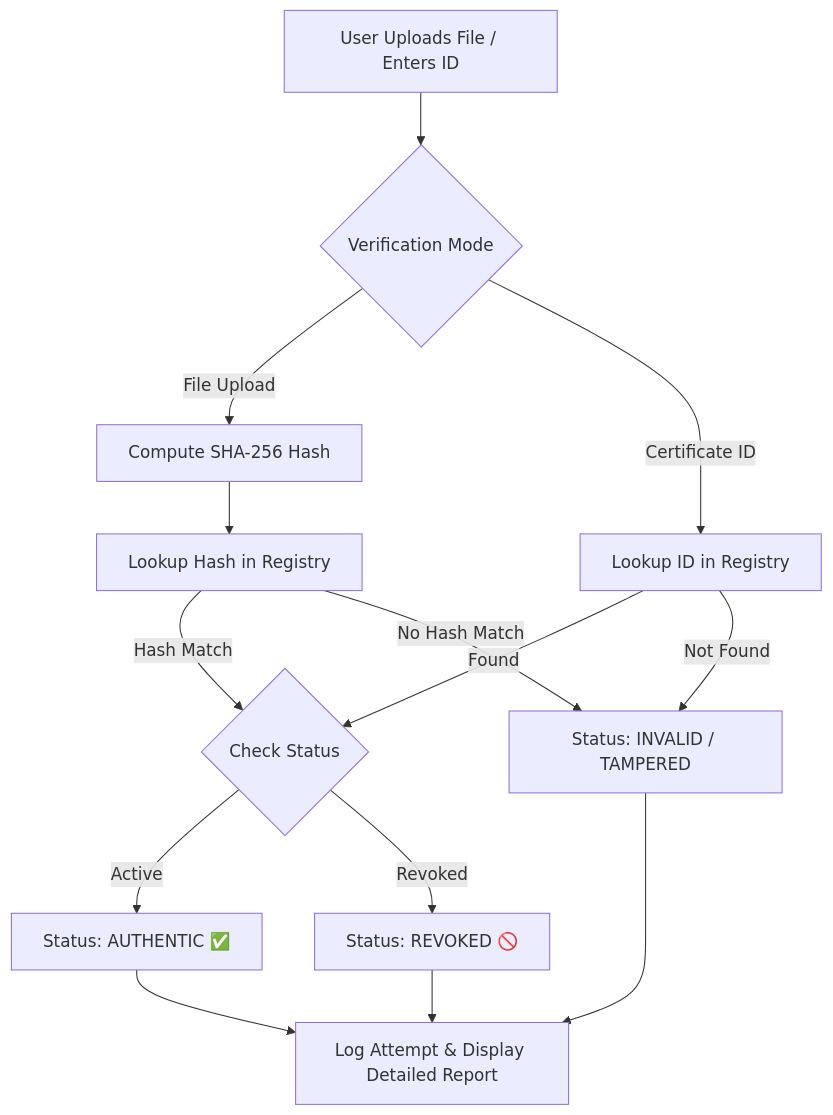
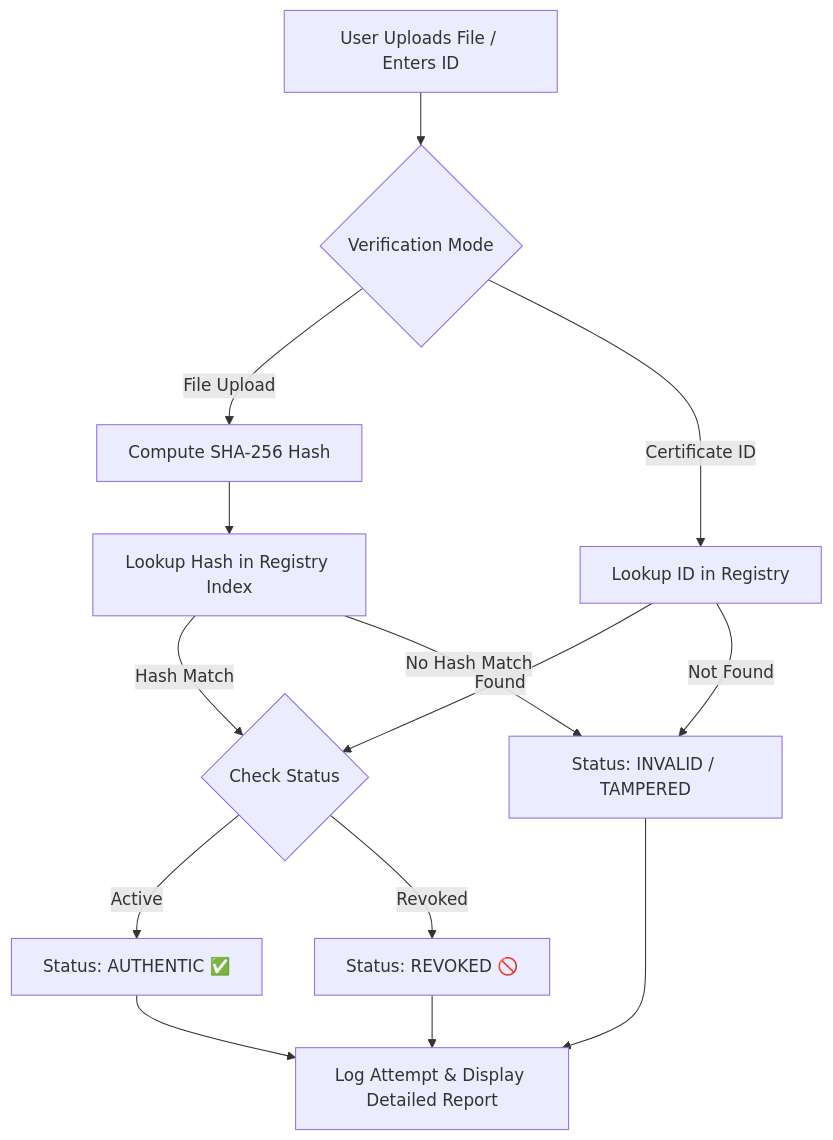
Before and after one commit to ranjithbrs/CertValid: the diagram in README.md, drawn with Mermaid. The commit also changed other lines of this file, not shown here.

````diff
--- a/README.md
+++ b/README.md
@@ -131,16 +144,16 @@
 ```mermaid
 graph TD
     A[User Uploads File / Enters ID] --> B{Verification Mode}
     B -- File Upload --> C[Compute SHA-256 Hash]
-    C --> D[Lookup Hash in Registry]
+    C --> D[Lookup Hash in Registry Index]
     B -- Certificate ID --> E[Lookup ID in Registry]
     D -- Hash Match --> F{Check Status}
     D -- No Hash Match --> G[Status: INVALID / TAMPERED]
     E -- Found --> F
     E -- Not Found --> G
     F -- Active --> H[Status: AUTHENTIC ✅]
     F -- Revoked --> I[Status: REVOKED 🚫]
     H --> J[Log Attempt & Display Detailed Report]
     G --> J
     I --> J
 ```
````
